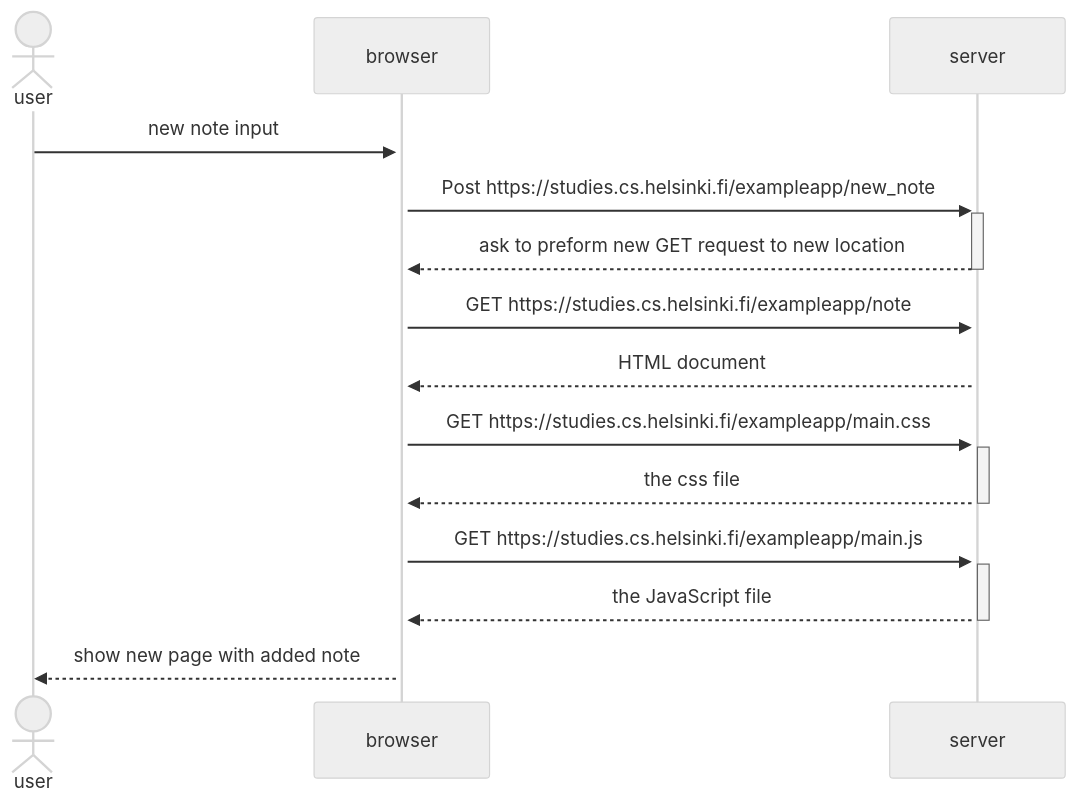
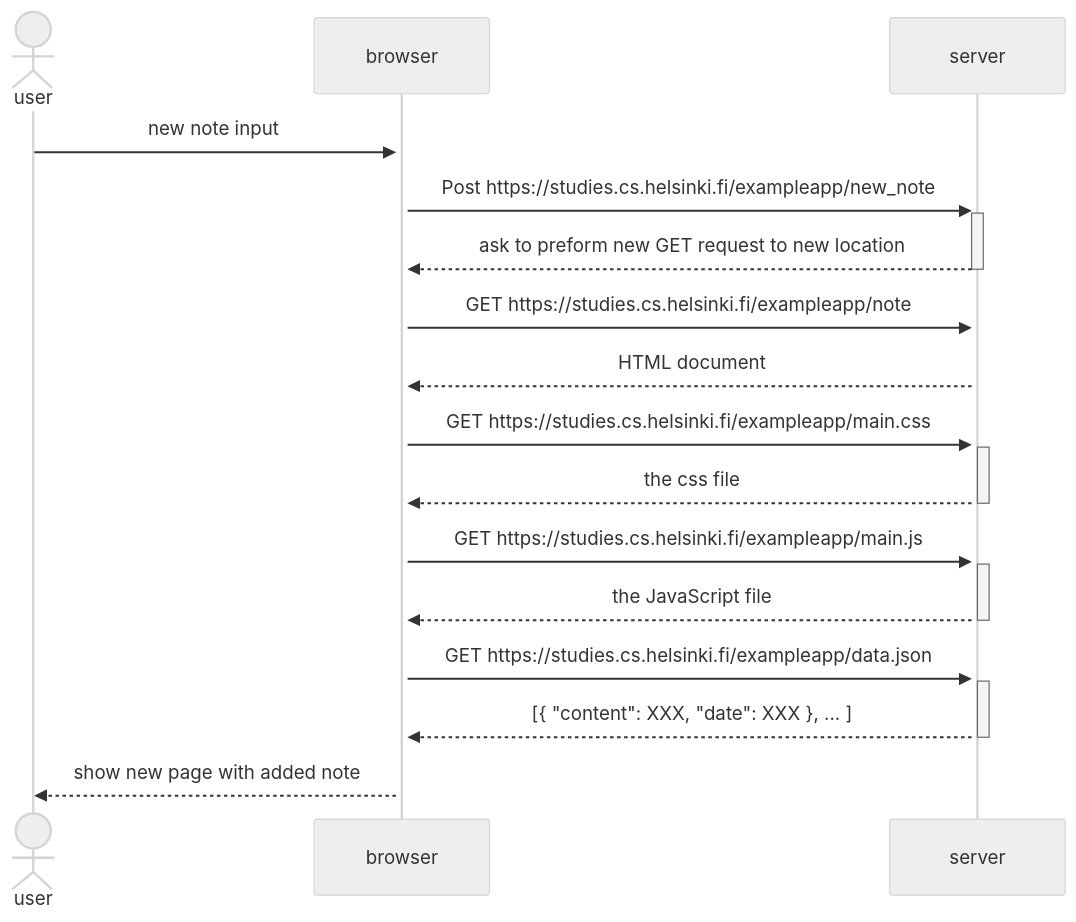
One commit to Stbs0/full-stack-open changed the diagram in part0/New note diagram/README.md. Above: the diagram before and after it, drawn with Mermaid (neutral theme).

````diff
--- a/part0/New note diagram/README.md
+++ b/part0/New note diagram/README.md
@@ -1,23 +1,27 @@
 ```mermaid
 sequenceDiagram
 actor user
 participant browser
 participant server
     user->>+browser: new note input
     browser->>+server:  Post https://studies.cs.helsinki.fi/exampleapp/new_note
     server-->>-browser: ask to preform new GET request to new location
     browser->>+server:  GET https://studies.cs.helsinki.fi/exampleapp/note
 
     server-->>browser: HTML document
      browser->>server: GET https://studies.cs.helsinki.fi/exampleapp/main.css
     activate server
     server-->>browser: the css file
     deactivate server
 
     browser->>server: GET https://studies.cs.helsinki.fi/exampleapp/main.js
     activate server
     server-->>browser: the JavaScript file
     deactivate server
+ browser->>server: GET https://studies.cs.helsinki.fi/exampleapp/data.json
+    activate server
+    server-->>browser: [{ "content": XXX, "date": XXX }, ... ]
+    deactivate server
     browser-->>user: show new page with added note
 
 ```
````
